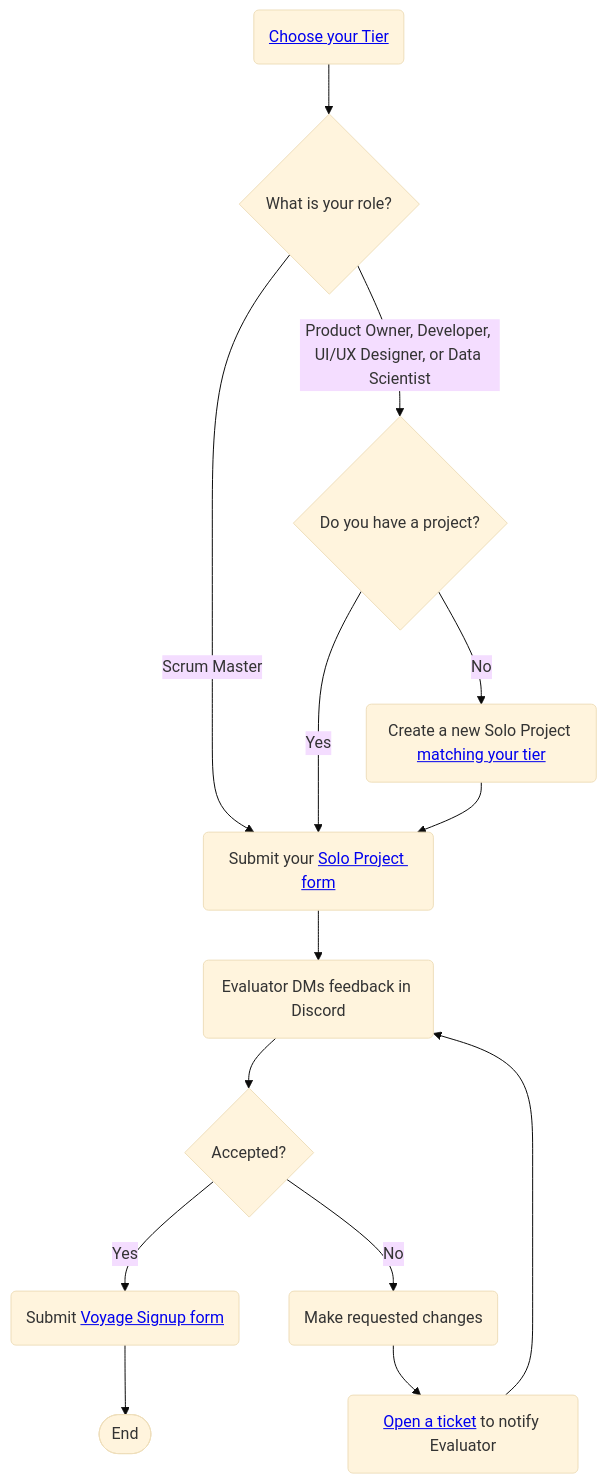
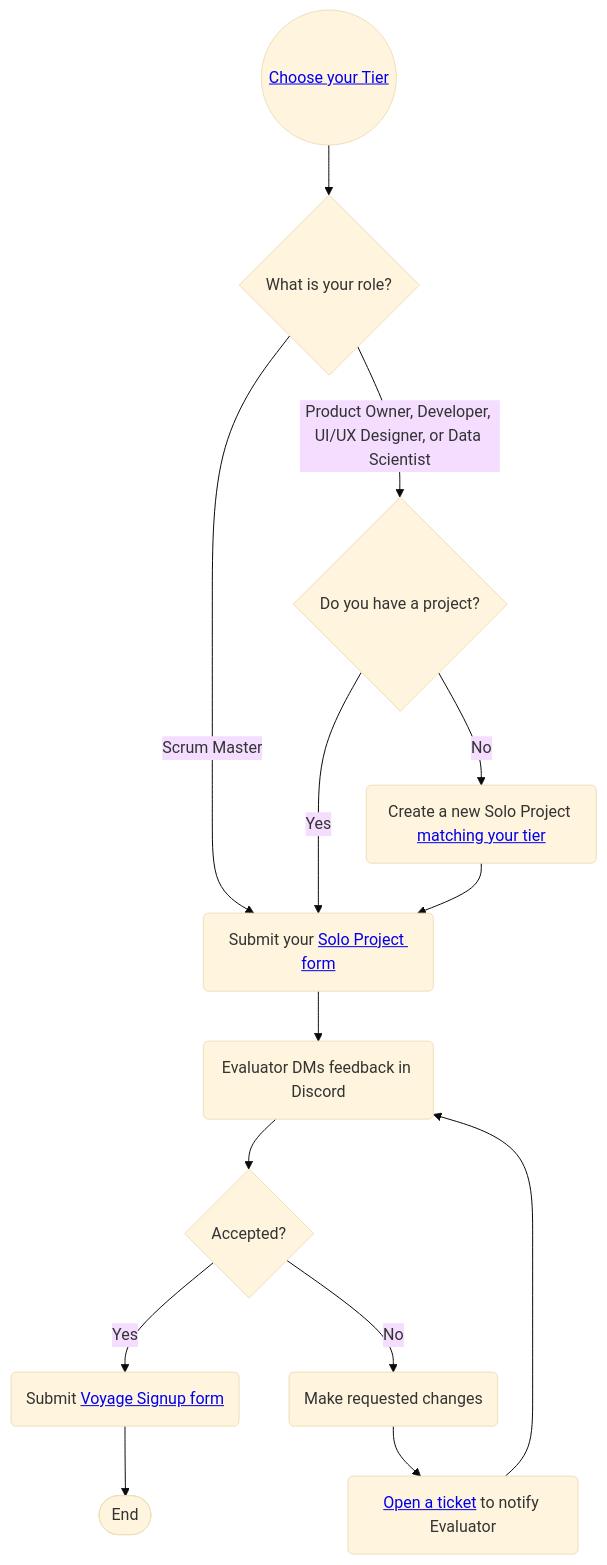
The diagram in docs/guides/soloproject/soloproject.md (chingu-voyages/Handbook), drawn with Mermaid (base theme) before and after one commit.

Commit message:
Feature: Refine Solo Project flowchart

````diff
--- a/docs/guides/soloproject/soloproject.md
+++ b/docs/guides/soloproject/soloproject.md
@@ -17,17 +17,17 @@
 ```mermaid
 graph TB
-    A(<a href='https://github.com/chingu-voyages/Handbook/blob/main/docs/guides/soloproject/soloproject.md#1-choose-your-tier-1%EF%B8%8F%E2%83%A3-2%EF%B8%8F%E2%83%A3-3%EF%B8%8F%E2%83%A3'>Choose your Tier</a>) --> B{What is your role?}
+    A((<a href='https://github.com/chingu-voyages/Handbook/blob/main/docs/guides/soloproject/soloproject.md#1-choose-your-tier-1%EF%B8%8F%E2%83%A3-2%EF%B8%8F%E2%83%A3-3%EF%B8%8F%E2%83%A3'>Choose your Tier</a>)) --> B{What is your role?}
     B -- Scrum Master --> G
     B -- Product Owner, Developer, UI/UX Designer, or Data Scientist --> F{Do you have a project?}
     F -- Yes --> G(Submit your <a href='https://forms.gle/D3Nu1VvfH3FDFBRr6'>Solo Project form</a>)
     F -- No --> H(Create a new Solo Project <a href='https://github.com/chingu-voyages/Handbook/blob/main/docs/guides/soloproject/soloproject.md#2-submit-a-project-that-matches-your-tier-'>matching your tier</a>)
     H --> G
     G --> J(Evaluator DMs feedback in Discord)
     J --> K{Accepted?};
     K -- Yes --> L(Submit <a href='https://forms.gle/dFaNuYWAjARd99qo8' target='_blank'>Voyage Signup form</a>);
     K -- No --> M(Make requested changes);
     M --> N(<a href='https://discord.com/channels/330284646283608064/1193342042080817323' target='_blank'>Open a ticket</a> to notify Evaluator);
     N --> J;
 
     L --> Z([End]);
 ```
````
